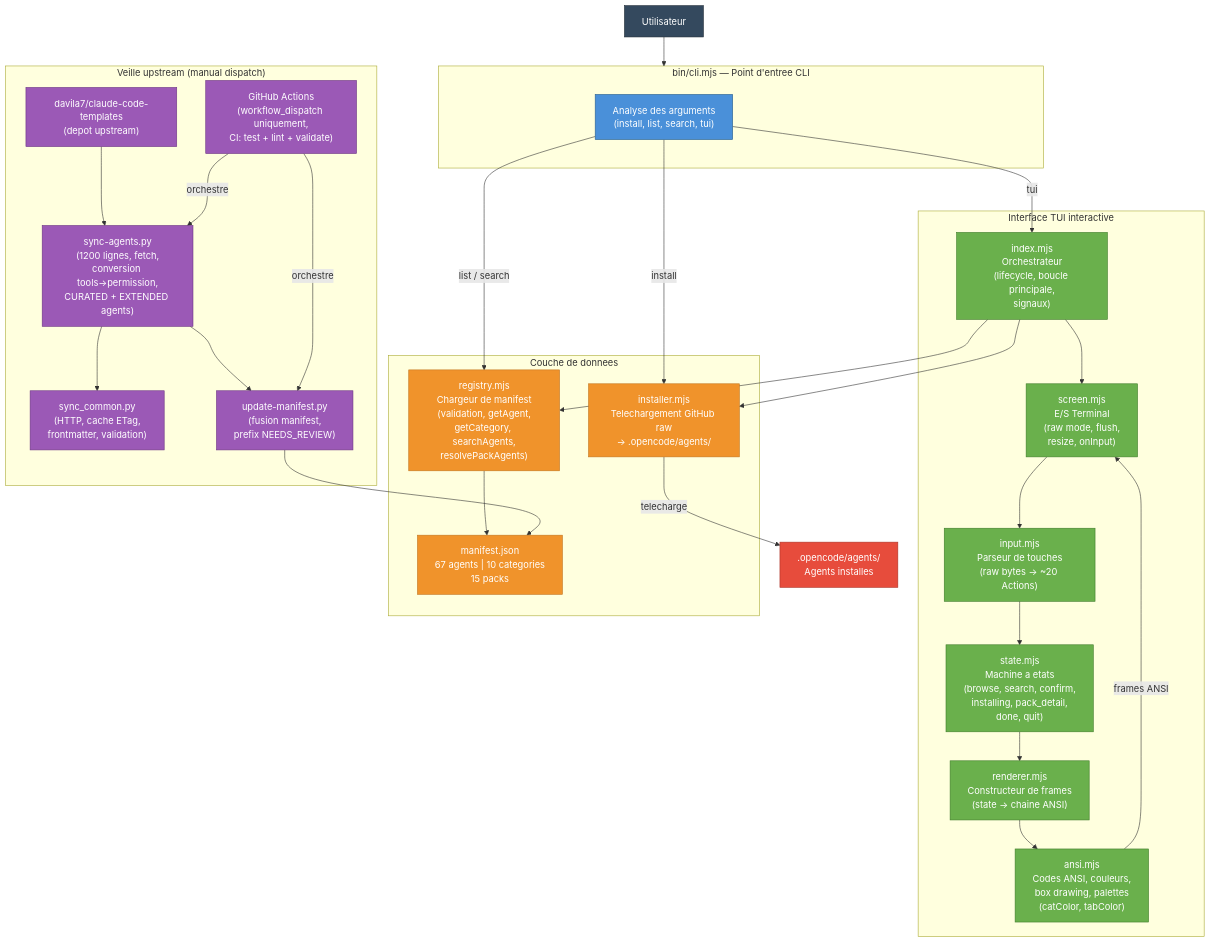
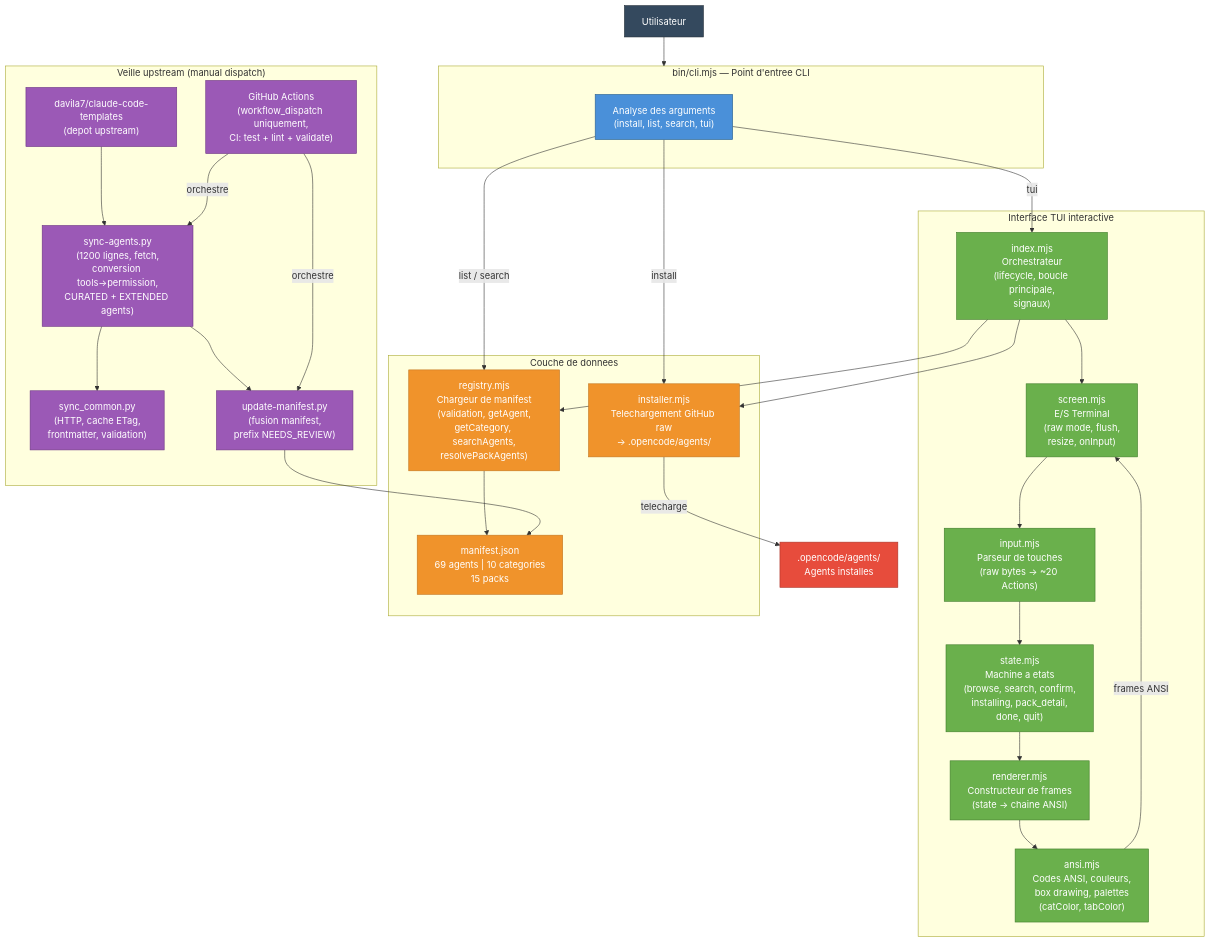
One commit to dmicheneau/opencode-template-agent changed the diagram in README.md. Above: the diagram before and after it, drawn with Mermaid. The commit also changed other lines of this file, not shown here.

````diff
--- a/README.md
+++ b/README.md
@@ -119,71 +119,71 @@
 ```mermaid
 flowchart TB
     User["Utilisateur"]
 
     subgraph CLI["bin/cli.mjs — Point d'entree CLI"]
         Parse["Analyse des arguments<br/>(install, list, search, tui)"]
     end
 
     subgraph TUI["Interface TUI interactive"]
         Index["index.mjs<br/>Orchestrateur<br/>(lifecycle, boucle principale,<br/>signaux)"]
         Screen["screen.mjs<br/>E/S Terminal<br/>(raw mode, flush,<br/>resize, onInput)"]
         Input["input.mjs<br/>Parseur de touches<br/>(raw bytes → ~20 Actions)"]
         State["state.mjs<br/>Machine a etats<br/>(browse, search, confirm,<br/>installing, pack_detail,<br/>done, quit)"]
         Renderer["renderer.mjs<br/>Constructeur de frames<br/>(state → chaine ANSI)"]
         Ansi["ansi.mjs<br/>Codes ANSI, couleurs,<br/>box drawing, palettes<br/>(catColor, tabColor)"]
     end
 
     subgraph Data["Couche de donnees"]
         Registry["registry.mjs<br/>Chargeur de manifest<br/>(validation, getAgent,<br/>getCategory, searchAgents,<br/>resolvePackAgents)"]
-        Manifest["manifest.json<br/>67 agents | 10 categories<br/>15 packs"]
+        Manifest["manifest.json<br/>69 agents | 10 categories<br/>15 packs"]
         Installer["installer.mjs<br/>Telechargement GitHub raw<br/>→ .opencode/agents/"]
     end
 
     subgraph Sync["Veille upstream (manual dispatch)"]
         Upstream["davila7/claude-code-templates<br/>(depot upstream)"]
         SyncScript["sync-agents.py<br/>(1200 lignes, fetch,<br/>conversion tools→permission,<br/>CURATED + EXTENDED agents)"]
         SyncCommon["sync_common.py<br/>(HTTP, cache ETag,<br/>frontmatter, validation)"]
         UpdateManifest["update-manifest.py<br/>(fusion manifest,<br/>prefix NEEDS_REVIEW)"]
         GHA["GitHub Actions<br/>(workflow_dispatch uniquement,<br/>CI: test + lint + validate)"]
     end
 
     LocalDir[".opencode/agents/<br/>Agents installes"]
 
     User --> CLI
     Parse -->|"tui"| Index
     Parse -->|"install"| Installer
     Parse -->|"list / search"| Registry
 
     Index --> Screen
     Screen --> Input
     Input --> State
     State --> Renderer
     Renderer --> Ansi
     Ansi -->|"frames ANSI"| Screen
 
     Index --> Registry
     Index --> Installer
     Registry --> Manifest
     Installer -->|"telecharge"| LocalDir
 
     Upstream --> SyncScript
     SyncScript --> SyncCommon
     SyncScript --> UpdateManifest
     UpdateManifest --> Manifest
     GHA -->|"orchestre"| SyncScript
     GHA -->|"orchestre"| UpdateManifest
 
     classDef entrypoint fill:#4a90d9,stroke:#2c5f8a,color:#fff
     classDef tui fill:#6ab04c,stroke:#3d7a28,color:#fff
     classDef data fill:#f0932b,stroke:#c0741e,color:#fff
     classDef sync fill:#9b59b6,stroke:#6c3483,color:#fff
     classDef storage fill:#e74c3c,stroke:#a93226,color:#fff
     classDef user fill:#34495e,stroke:#1c2833,color:#fff
 
     class User user
     class Parse entrypoint
     class Index,Screen,Input,State,Renderer,Ansi tui
     class Registry,Manifest,Installer data
     class Upstream,SyncScript,SyncCommon,UpdateManifest,GHA sync
     class LocalDir storage
 ```
````
